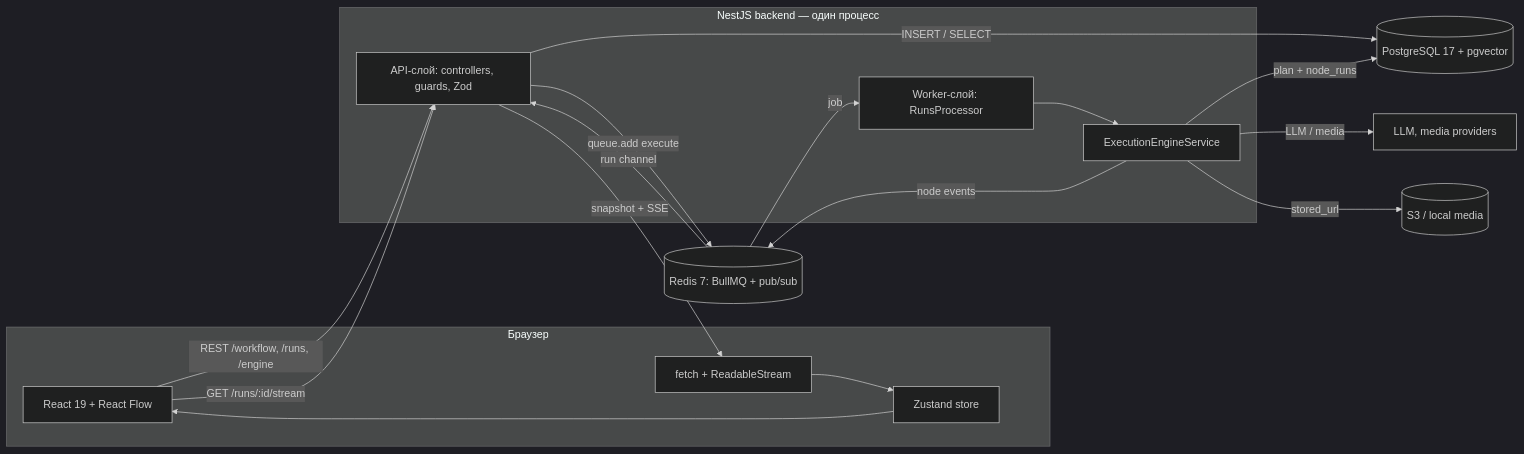
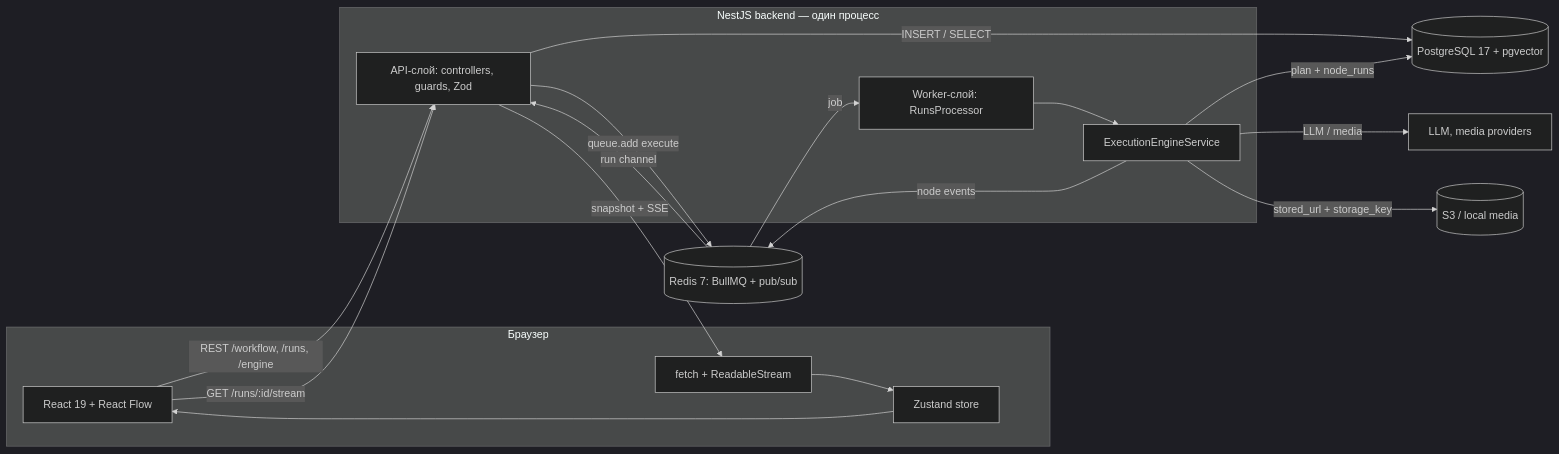
The first of 2 diagrams in docs/development/ARCHITECTURE.md (iilmchat/ai-workflow-builder), drawn with Mermaid (dark theme) before and after one commit. The commit also changed other lines of this file and 11 other files, not shown here.

````diff
--- a/docs/development/ARCHITECTURE.md
+++ b/docs/development/ARCHITECTURE.md
@@ -69,34 +70,34 @@
 ```mermaid
 flowchart LR
   subgraph Browser["Браузер"]
     UI["React 19 + React Flow"]
     Store["Zustand store"]
     Stream["fetch + ReadableStream"]
   end
 
   subgraph Backend["NestJS backend — один процесс"]
     API["API-слой: controllers, guards, Zod"]
     Worker["Worker-слой: RunsProcessor"]
     Engine["ExecutionEngineService"]
   end
 
   PG[("PostgreSQL 17 + pgvector")]
   Redis[("Redis 7: BullMQ + pub/sub")]
   Media[("S3 / local media")]
   Providers["LLM, media providers"]
 
   UI -->|"REST /workflow, /runs, /engine"| API
   API -->|"INSERT / SELECT"| PG
   API -->|"queue.add execute"| Redis
   UI -->|"GET /runs/:id/stream"| API
   Redis -->|"job"| Worker
   Worker --> Engine
   Engine -->|"plan + node_runs"| PG
   Engine -->|"node events"| Redis
   Redis -->|"run channel"| API
   API -->|"snapshot + SSE"| Stream
   Stream --> Store
   Store --> UI
   Engine -->|"LLM / media"| Providers
-  Engine -->|"stored_url"| Media
+  Engine -->|"stored_url + storage_key"| Media
 ```
````
